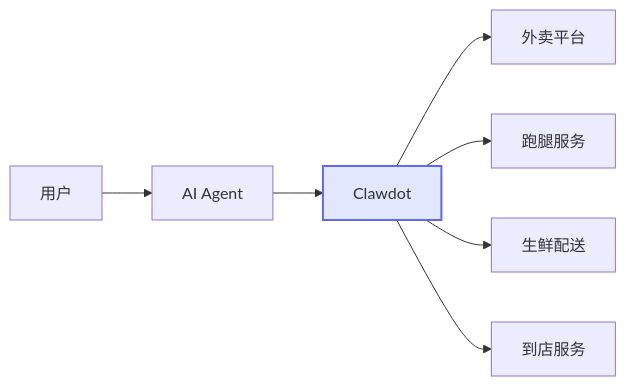
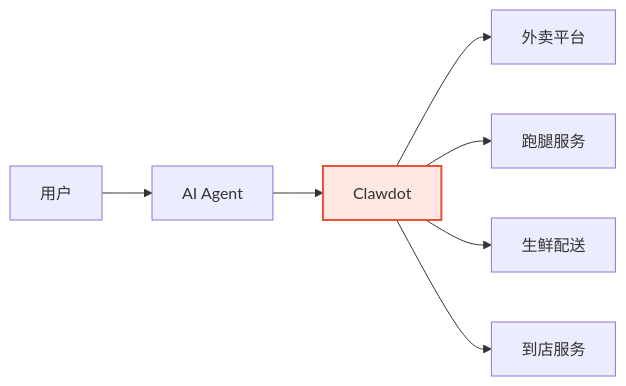
The diagram in clawdot/what-is-clawdot.mdx (clawdot/docs), drawn with Mermaid before and after one commit. The commit also changed 10 other files, not shown here.

````diff
--- a/clawdot/what-is-clawdot.mdx
+++ b/clawdot/what-is-clawdot.mdx
@@ -12,11 +12,11 @@
 ```mermaid
 graph LR
   User["用户"] --> Agent["AI Agent"]
   Agent --> Clawdot["Clawdot"]
   Clawdot --> Food["外卖平台"]
   Clawdot --> Errand["跑腿服务"]
   Clawdot --> Fresh["生鲜配送"]
   Clawdot --> Local["到店服务"]
 
-  style Clawdot fill:#e0e7ff,stroke:#6366f1,stroke-width:2px
+  style Clawdot fill:#fde8e4,stroke:#E8503A,stroke-width:2px
 ```
````
